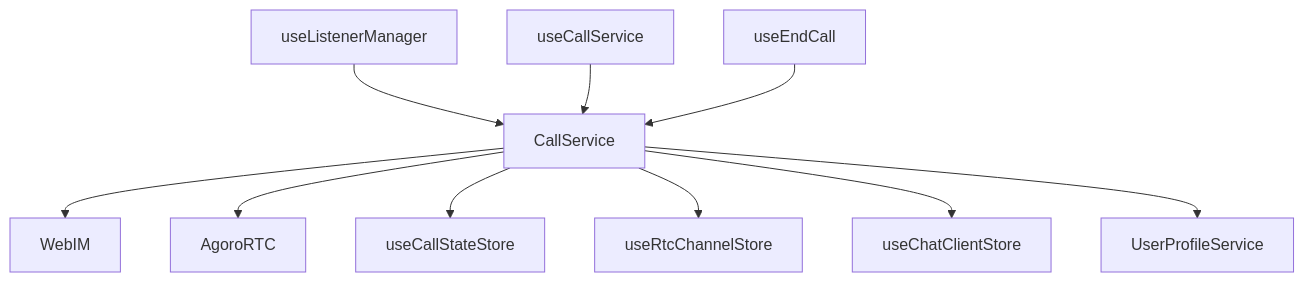
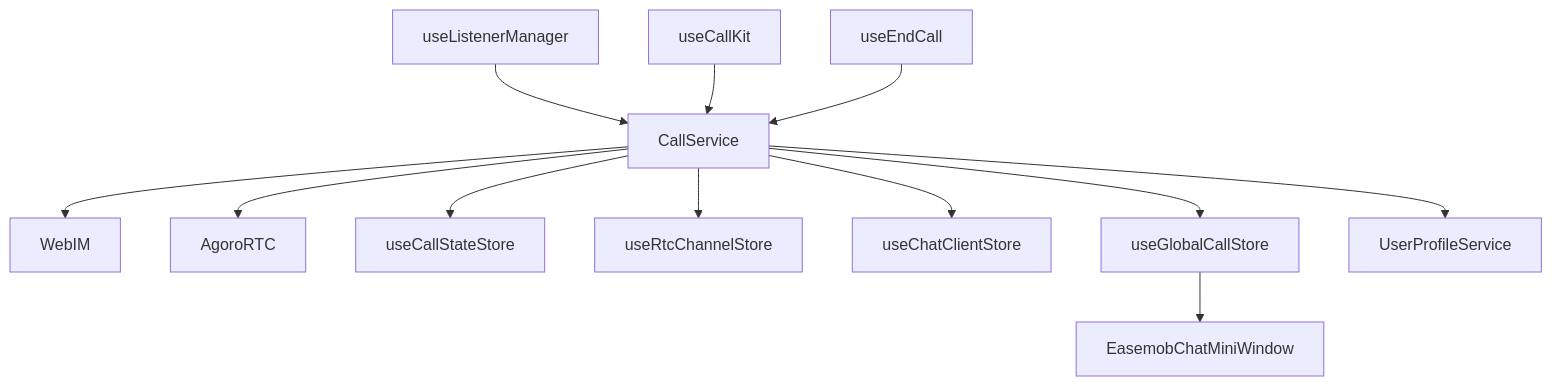
One commit to Easemob-Community/easemob-uikit-callkit-vue3 changed the tenth of 10 diagrams in .qoder/repowiki/zh/content/服务层/通话服务 (CallService).md. Above: the diagram before and after it, drawn with Mermaid. The commit also changed other lines of this file and 58 other files, not shown here.

````diff
--- a/.qoder/repowiki/zh/content/服务层/通话服务 (CallService).md
+++ b/.qoder/repowiki/zh/content/服务层/通话服务 (CallService).md
@@ -489,12 +568,14 @@
 ```mermaid
 graph TB
 CS["CallService"] --> IM["WebIM"]
 CS --> AG["AgoroRTC"]
 CS --> CSS["useCallStateStore"]
 CS --> RCS["useRtcChannelStore"]
 CS --> CCS["useChatClientStore"]
+CS --> GCS["useGlobalCallStore"]
 CS --> UPS["UserProfileService"]
 ULM["useListenerManager"] --> CS
-UCS["useCallService"] --> CS
+UCK["useCallKit"] --> CS
 UEC["useEndCall"] --> CS
+GCS --> MCW["EasemobChatMiniWindow"]
 ```
````
